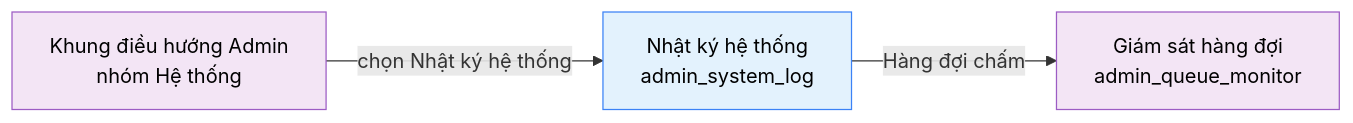
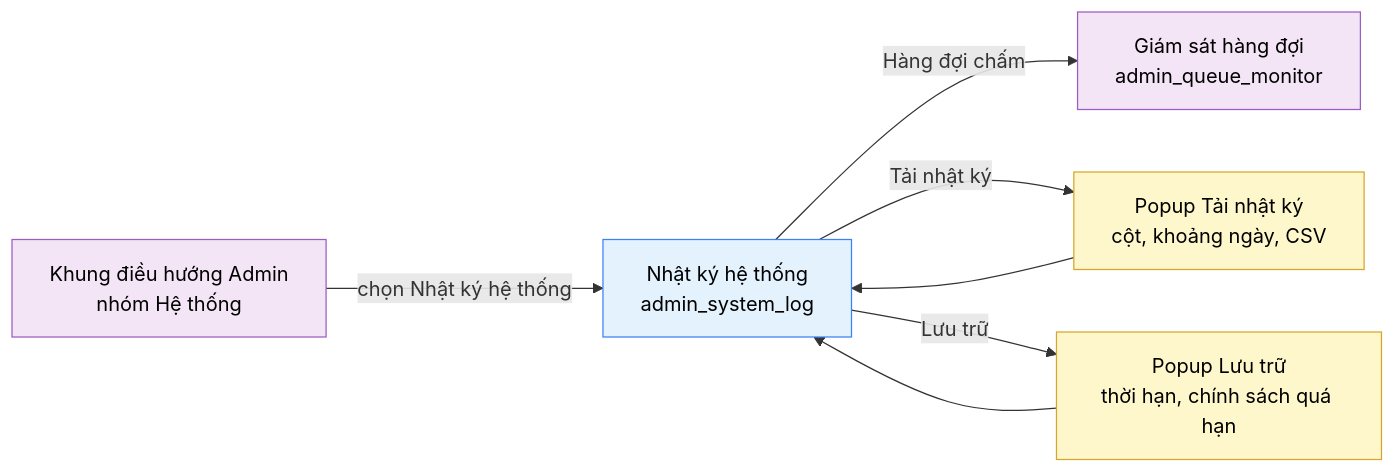
Before and after one commit to daiphu1801/PRJ_ALGOPREP: the diagram in 02-bd/screens/admin/ADM0403_system_log.md, drawn with Mermaid. The commit also changed other lines of this file and 37 other files, not shown here.

````diff
--- a/02-bd/screens/admin/ADM0403_system_log.md
+++ b/02-bd/screens/admin/ADM0403_system_log.md
@@ -100,11 +137,17 @@
 ```mermaid
 flowchart LR
     nav["Khung điều hướng Admin<br/>nhóm Hệ thống"] -->|"chọn Nhật ký hệ thống"| main["Nhật ký hệ thống<br/>admin_system_log"]
     main -->|"Hàng đợi chấm"| queue["Giám sát hàng đợi<br/>admin_queue_monitor"]
+    main -->|"Tải nhật ký"| export["Popup Tải nhật ký<br/>cột, khoảng ngày, CSV"]
+    main -->|"Lưu trữ"| retention["Popup Lưu trữ<br/>thời hạn, chính sách quá hạn"]
+    export --> main
+    retention --> main
 
     classDef source fill:#F3E5F5,stroke:#9C5CC4,color:#000
     classDef screen fill:#E3F2FD,stroke:#3B82F6,color:#000
+    classDef popup fill:#FFF7CC,stroke:#D4A72C,color:#000
 
     class nav,queue source
     class main screen
+    class export,retention popup
 ```
````
